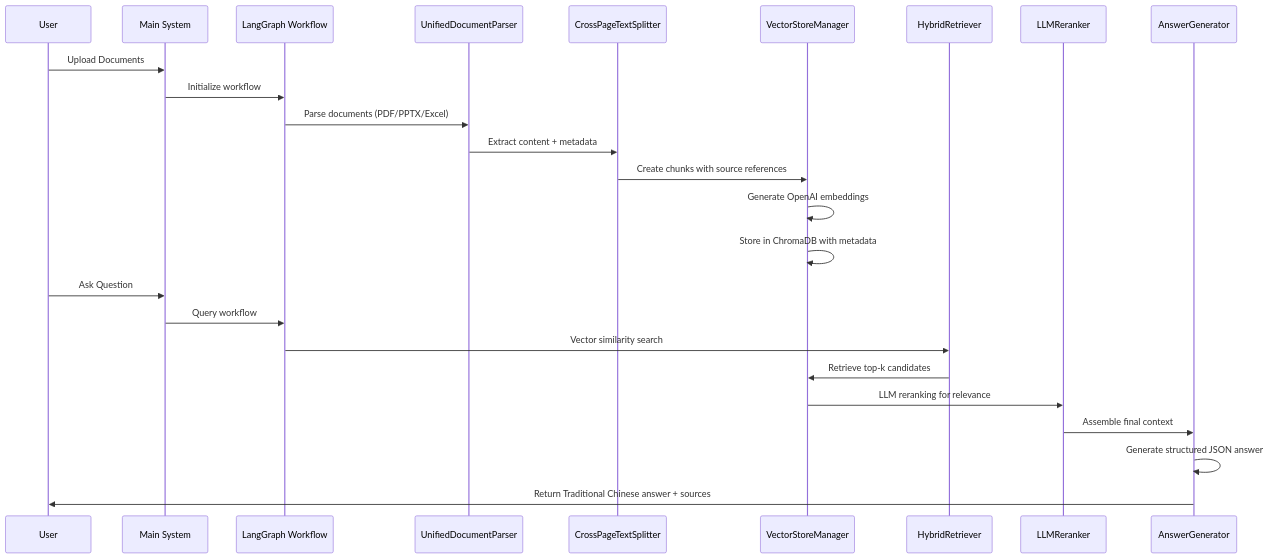
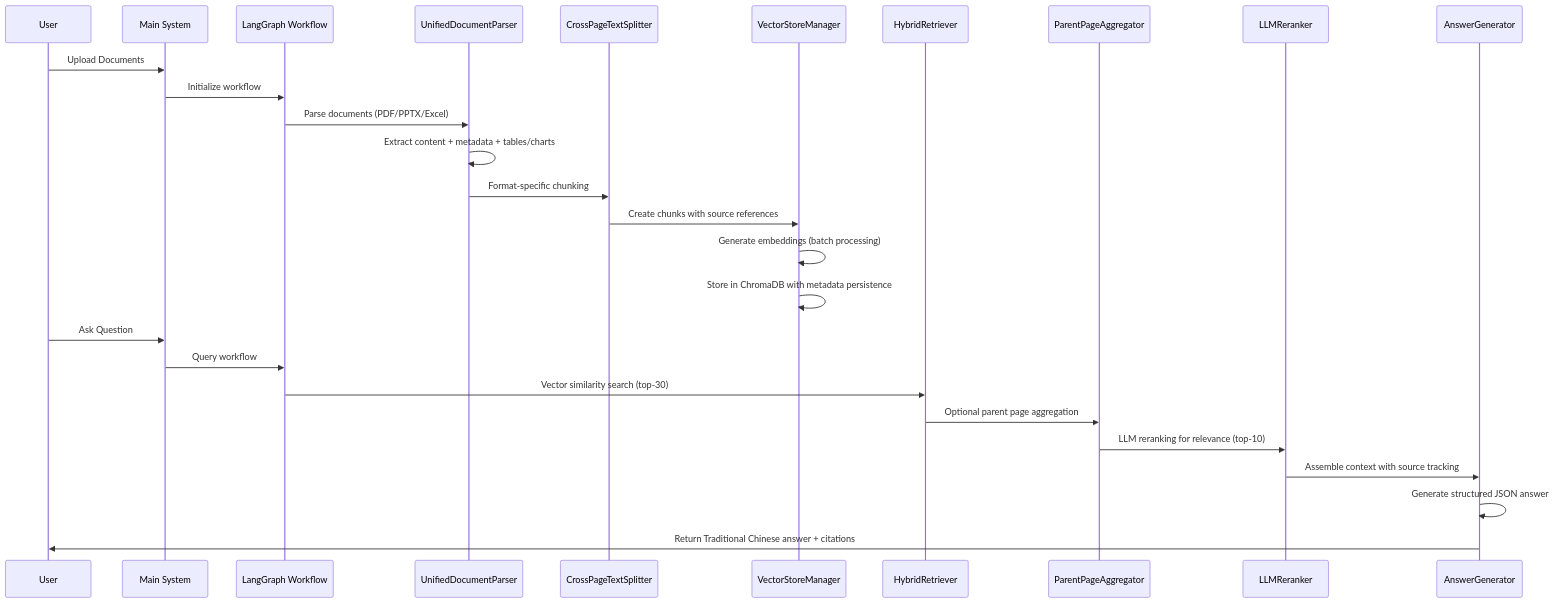
One commit to xxcs13/RAGv2 changed the second of 2 diagrams in README.md. Above: the diagram before and after it, drawn with Mermaid. The commit also changed other lines of this file, not shown here.

````diff
--- a/README.md
+++ b/README.md
@@ -50,29 +90,31 @@
 ```mermaid
 sequenceDiagram
     participant U as User
     participant M as Main System
     participant W as LangGraph Workflow
     participant P as UnifiedDocumentParser
     participant C as CrossPageTextSplitter
     participant V as VectorStoreManager
     participant H as HybridRetriever
+    participant A as ParentPageAggregator
     participant L as LLMReranker
     participant G as AnswerGenerator
     
     U->>M: Upload Documents
     M->>W: Initialize workflow
     W->>P: Parse documents (PDF/PPTX/Excel)
-    P->>C: Extract content + metadata
+    P->>P: Extract content + metadata + tables/charts
+    P->>C: Format-specific chunking
     C->>V: Create chunks with source references
-    V->>V: Generate OpenAI embeddings
-    V->>V: Store in ChromaDB with metadata
+    V->>V: Generate embeddings (batch processing)
+    V->>V: Store in ChromaDB with metadata persistence
     
     U->>M: Ask Question
     M->>W: Query workflow
-    W->>H: Vector similarity search
-    H->>V: Retrieve top-k candidates
-    V->>L: LLM reranking for relevance
-    L->>G: Assemble final context
+    W->>H: Vector similarity search (top-30)
+    H->>A: Optional parent page aggregation
+    A->>L: LLM reranking for relevance (top-10)
+    L->>G: Assemble context with source tracking
     G->>G: Generate structured JSON answer
-    G->>U: Return Traditional Chinese answer + sources
+    G->>U: Return Traditional Chinese answer + citations
 ```
````
